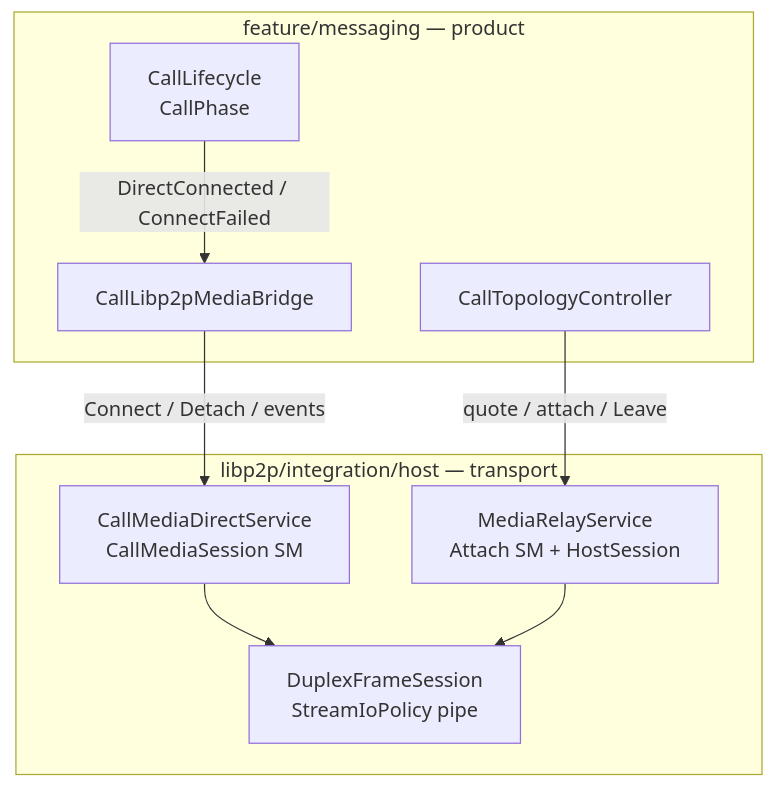
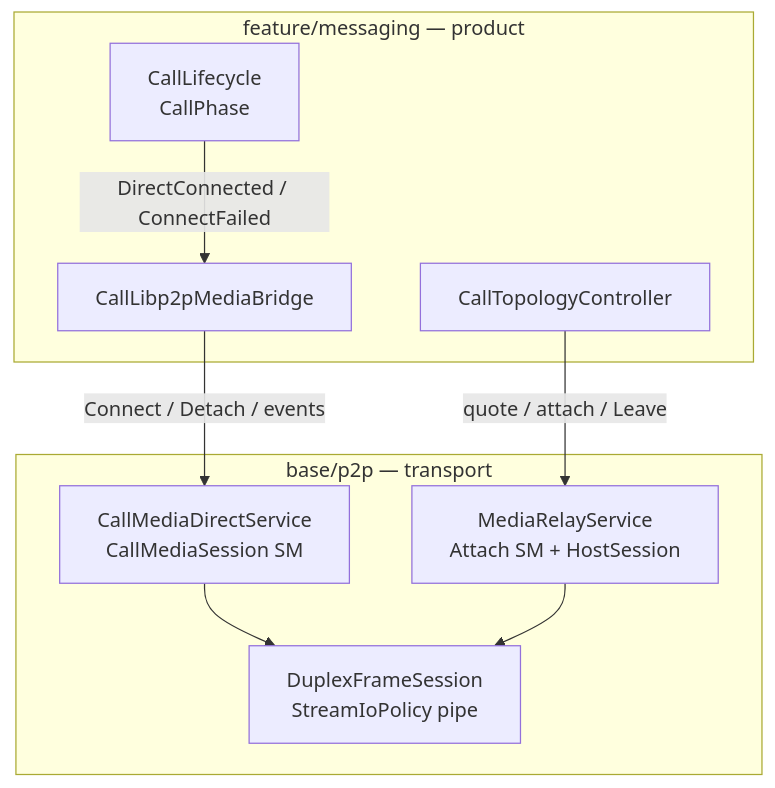
Before and after one commit to people-post/pp-browser: the first of 2 diagrams in projects/p2p-av-calls/SESSION_MACHINES.md, drawn with Mermaid. The commit also changed other lines of this file and 2003 other files, not shown here.

First line of the commit message:
docs: update architecture and source layout documentation for refactored structure

````diff
--- a/projects/p2p-av-calls/SESSION_MACHINES.md
+++ b/projects/p2p-av-calls/SESSION_MACHINES.md
@@ -49,18 +49,18 @@
 ```mermaid
 flowchart TB
   subgraph feature [feature/messaging — product]
     Life[CallLifecycle<br/>CallPhase]
     Bridge[CallLibp2pMediaBridge]
     Topo[CallTopologyController]
   end
-  subgraph host [libp2p/integration/host — transport]
+  subgraph host [base/p2p — transport]
     CM[CallMediaDirectService<br/>CallMediaSession SM]
     MR[MediaRelayService<br/>Attach SM + HostSession]
     Frame[DuplexFrameSession<br/>StreamIoPolicy pipe]
   end
   Life -->|"DirectConnected / ConnectFailed"| Bridge
   Bridge -->|"Connect / Detach / events"| CM
   Topo -->|"quote / attach / Leave"| MR
   CM --> Frame
   MR --> Frame
 ```
````
